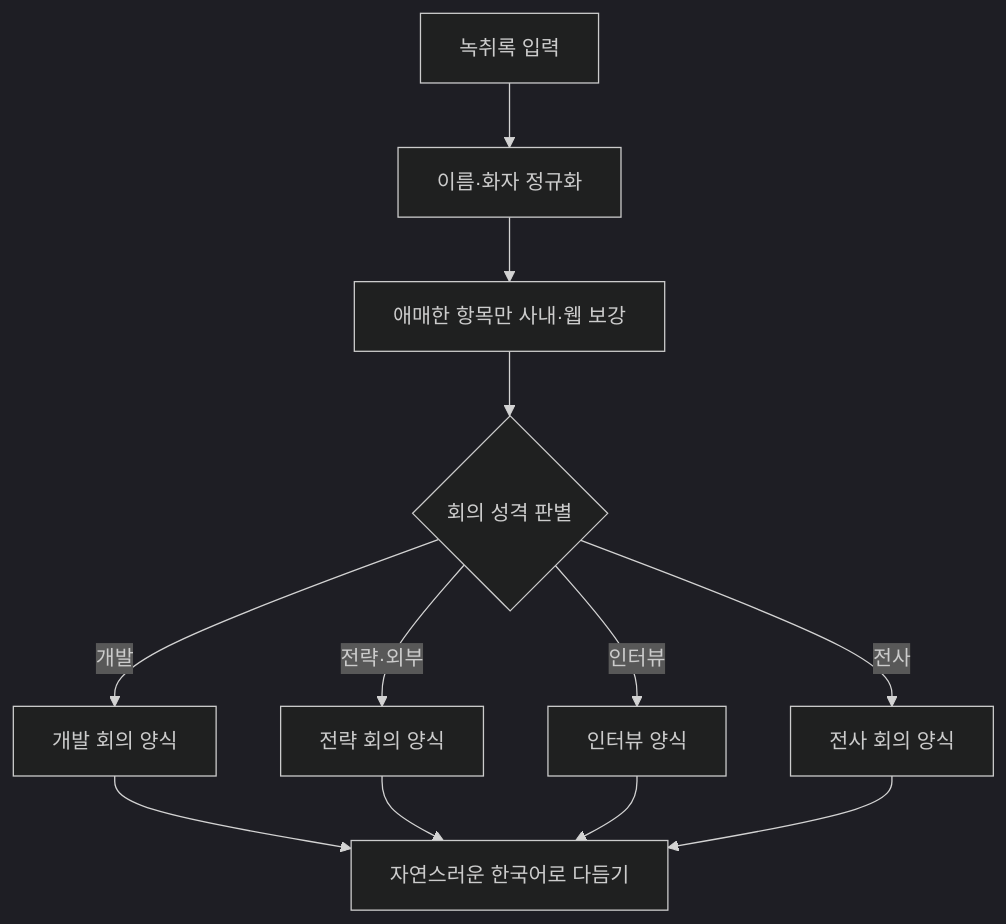
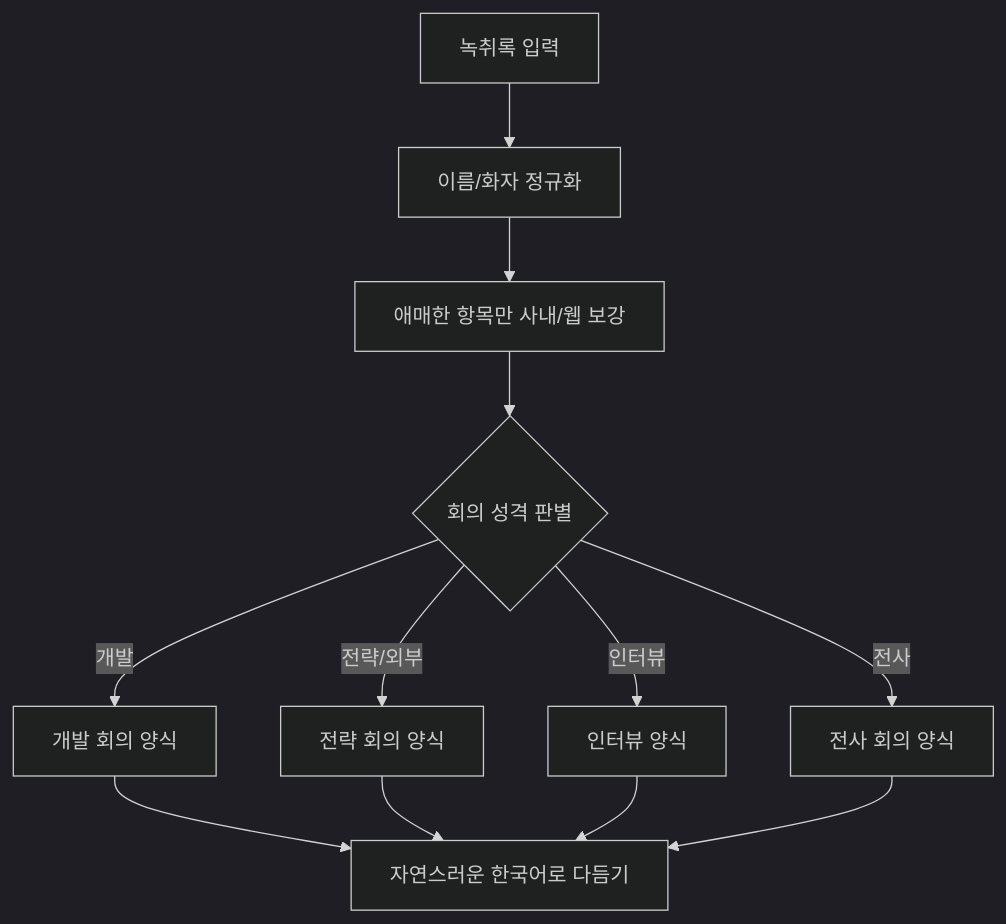
The third of 4 diagrams in src/content/posts/harness-10-common-skills.md (RJ-Stony/injoy), drawn with Mermaid (dark theme) before and after one commit. The commit also changed other lines of this file and 1 other file, not shown here.

````diff
--- a/src/content/posts/harness-10-common-skills.md
+++ b/src/content/posts/harness-10-common-skills.md
@@ -148,11 +150,11 @@
 ```mermaid
 flowchart TD
-    T["녹취록 입력"] --> N["이름·화자 정규화"]
-    N --> E["애매한 항목만 사내·웹 보강"]
+    T["녹취록 입력"] --> N["이름/화자 정규화"]
+    N --> E["애매한 항목만 사내/웹 보강"]
     E --> K{"회의 성격 판별"}
     K -->|개발| KD["개발 회의 양식"]
-    K -->|전략·외부| KS["전략 회의 양식"]
+    K -->|전략/외부| KS["전략 회의 양식"]
     K -->|인터뷰| KI["인터뷰 양식"]
     K -->|전사| KA["전사 회의 양식"]
     KD & KS & KI & KA --> R["자연스러운 한국어로 다듬기"]
 ```
````
